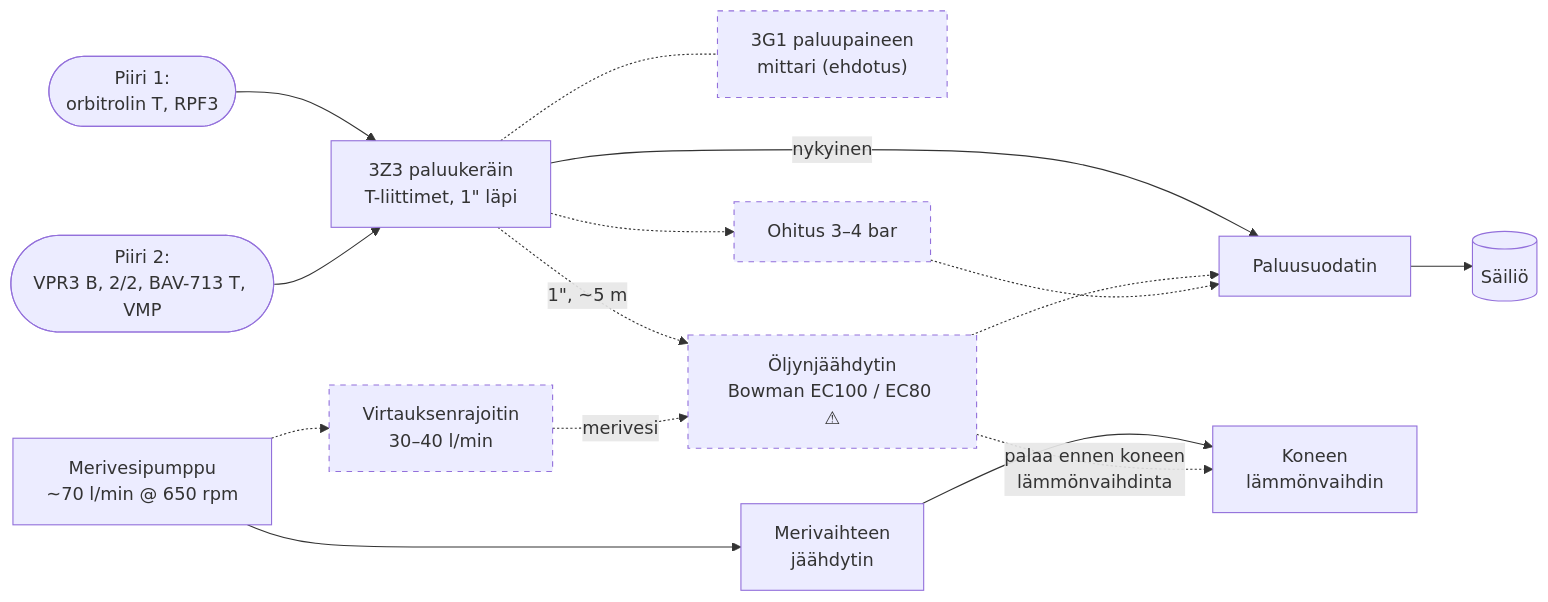
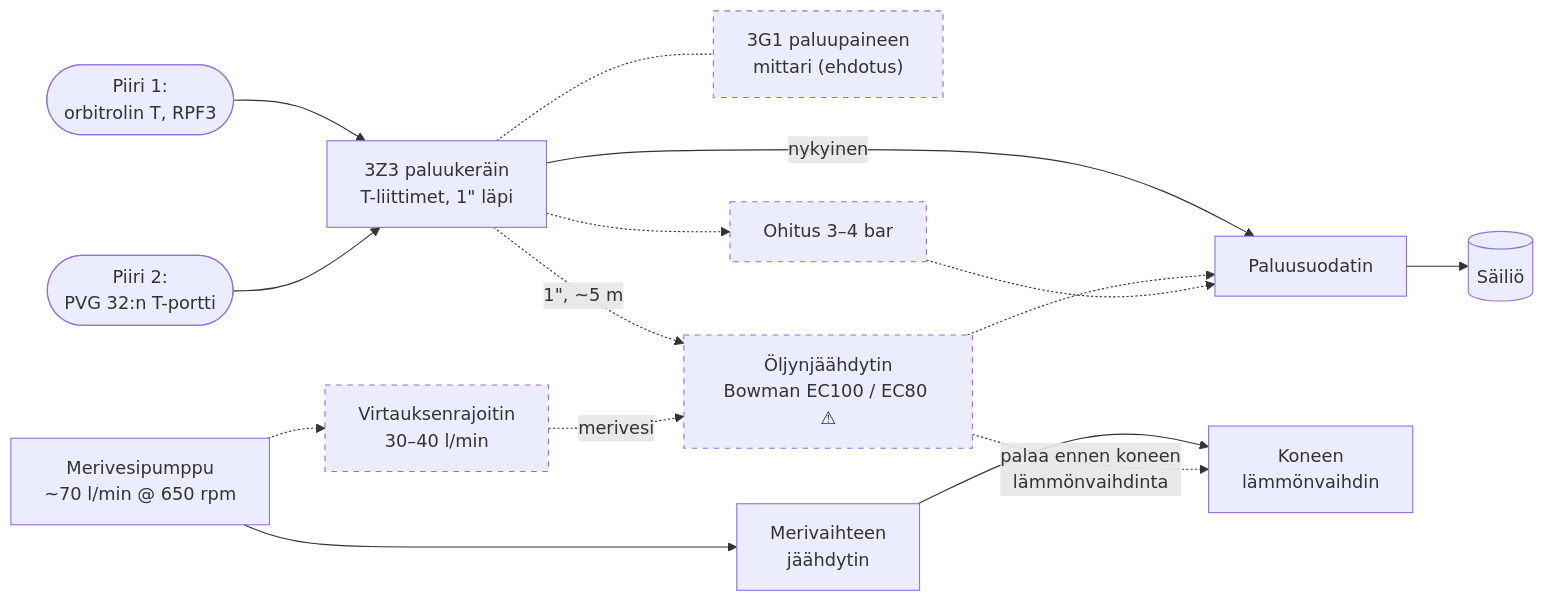
One commit to plektra/vega-systems changed the third of 3 diagrams in hydraulics/schematic.md. Above: the diagram before and after it, drawn with Mermaid. The commit also changed other lines of this file and 7 other files, not shown here.

First line of the commit message:
Redraw schematic sheet 2 with PVH57 and PVG 32; archive F1-61 sheet

````diff
--- a/hydraulics/schematic.md
+++ b/hydraulics/schematic.md
@@ -162,30 +175,30 @@
 ```mermaid
 flowchart LR
   R1(["Piiri 1:<br/>orbitrolin T, RPF3"])
-  R2(["Piiri 2:<br/>VPR3 B, 2/2, BAV-713 T, VMP"])
+  R2(["Piiri 2:<br/>PVG 32:n T-portti"])
   RET["3Z3 paluukeräin<br/>T-liittimet, 1#quot; läpi"]
   GAU["3G1 paluupaineen<br/>mittari (ehdotus)"]
   COOL["Öljynjäähdytin<br/>Bowman EC100 / EC80 ⚠"]
   BYP["Ohitus 3–4 bar"]
   FILT["Paluusuodatin"]
   TANK[("Säiliö")]
   RWP["Merivesipumppu<br/>~70 l/min @ 650 rpm"]
   LIM["Virtauksenrajoitin<br/>30–40 l/min"]
   GBC["Merivaihteen<br/>jäähdytin"]
   EHX["Koneen<br/>lämmönvaihdin"]
 
   R1 --> RET
   R2 --> RET
   RET -.- GAU
   RET -->|nykyinen| FILT
   RET -.->|"1#quot;, ~5 m"| COOL -.-> FILT
   RET -.-> BYP -.-> FILT
   FILT --> TANK
 
   RWP --> GBC --> EHX
   RWP -.-> LIM -.->|merivesi| COOL
   COOL -.->|"palaa ennen koneen<br/>lämmönvaihdinta"| EHX
 
   classDef planned stroke-dasharray: 5 5
   class COOL,BYP,LIM,GAU planned
 ```
````
